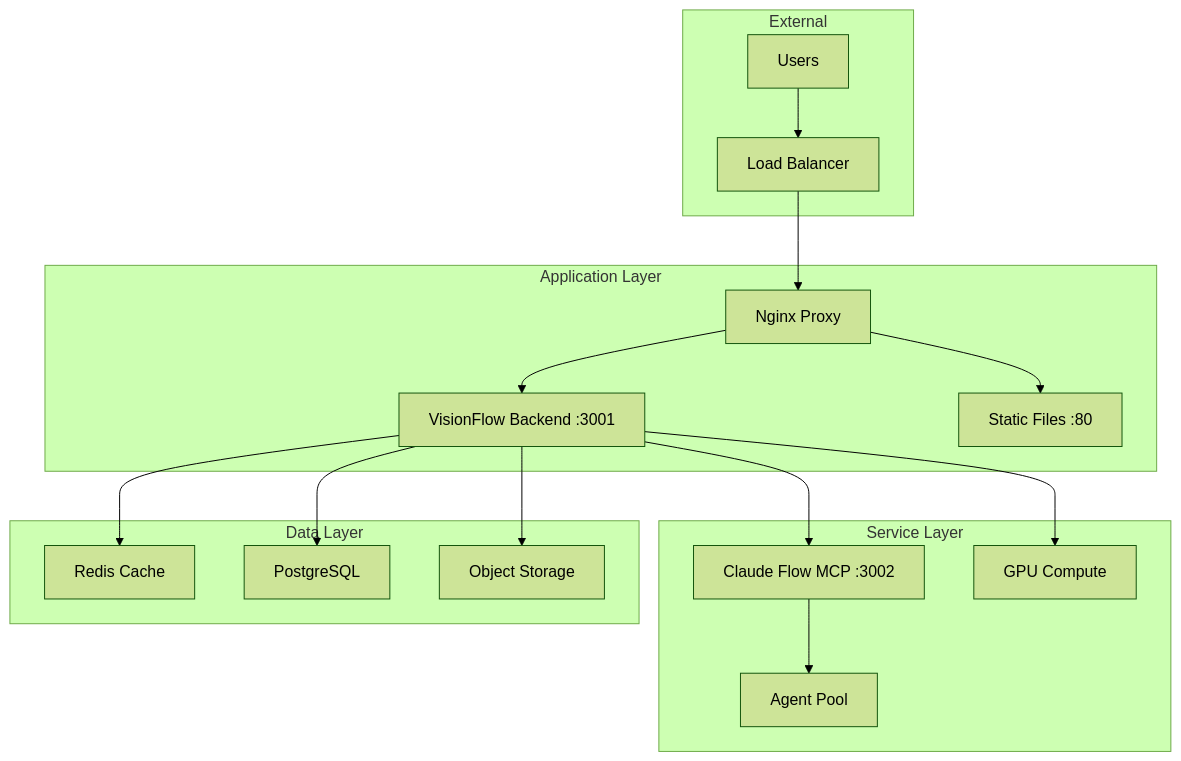
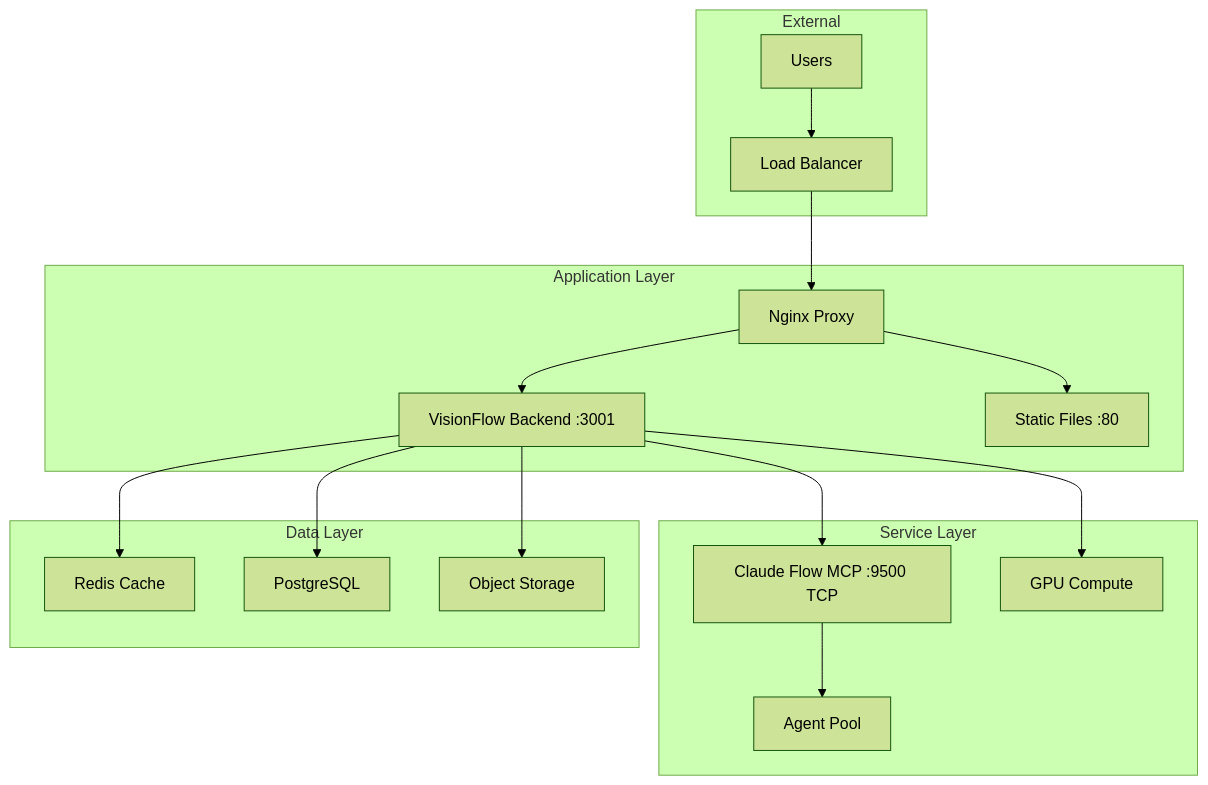
The diagram in docs/deployment/index.md (DreamLab-AI/VisionFlow), drawn with Mermaid (forest theme) before and after one commit. The commit also changed 66 other files, not shown here.

````diff
--- a/docs/deployment/index.md
+++ b/docs/deployment/index.md
@@ -38,24 +38,24 @@
 ```mermaid
 graph TB
     subgraph "External"
         USER[Users] --> LB[Load Balancer]
     end
     
     subgraph "Application Layer"
         LB --> NGINX[Nginx Proxy]
         NGINX --> BACKEND[VisionFlow Backend :3001]
         NGINX --> FRONTEND[Static Files :80]
     end
     
     subgraph "Service Layer"
-        BACKEND --> CLAUDE[Claude Flow MCP :3002]
+        BACKEND --> CLAUDE[Claude Flow MCP :9500 TCP]
         BACKEND --> GPU[GPU Compute]
         CLAUDE --> AGENTS[Agent Pool]
     end
     
     subgraph "Data Layer"
         BACKEND --> REDIS[Redis Cache]
         BACKEND --> POSTGRES[PostgreSQL]
         BACKEND --> S3[Object Storage]
     end
 ```
````
